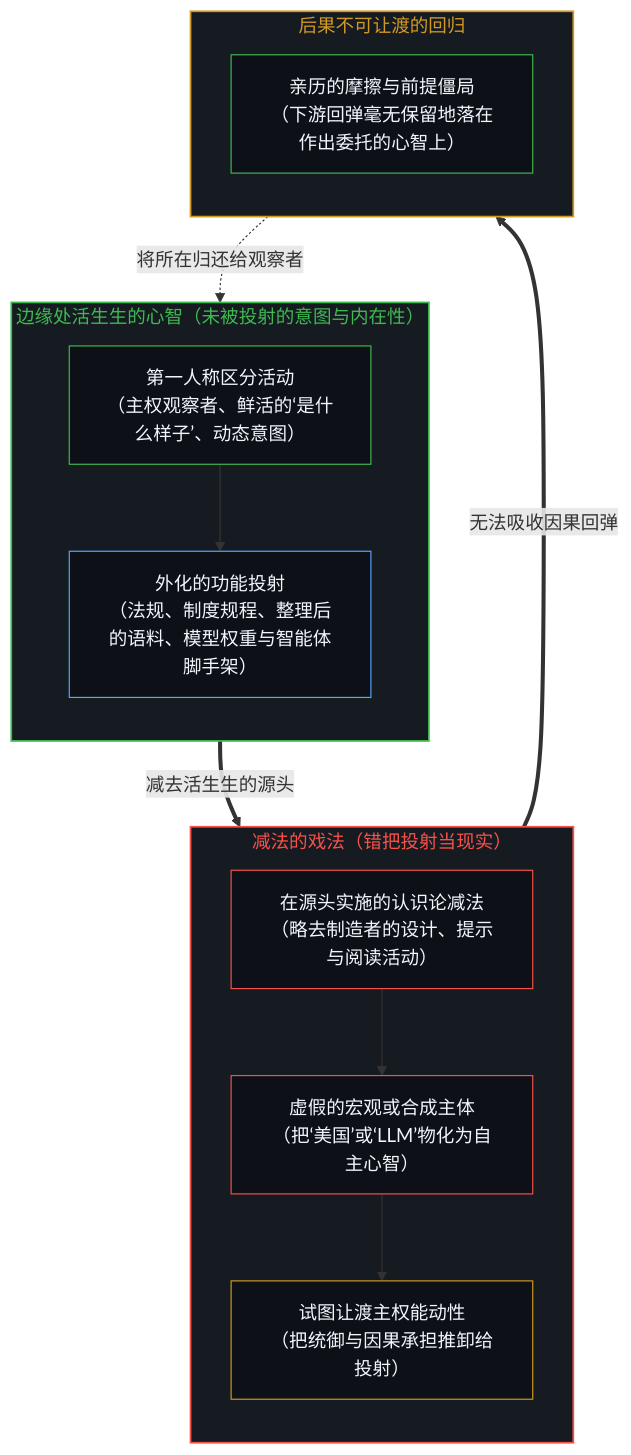
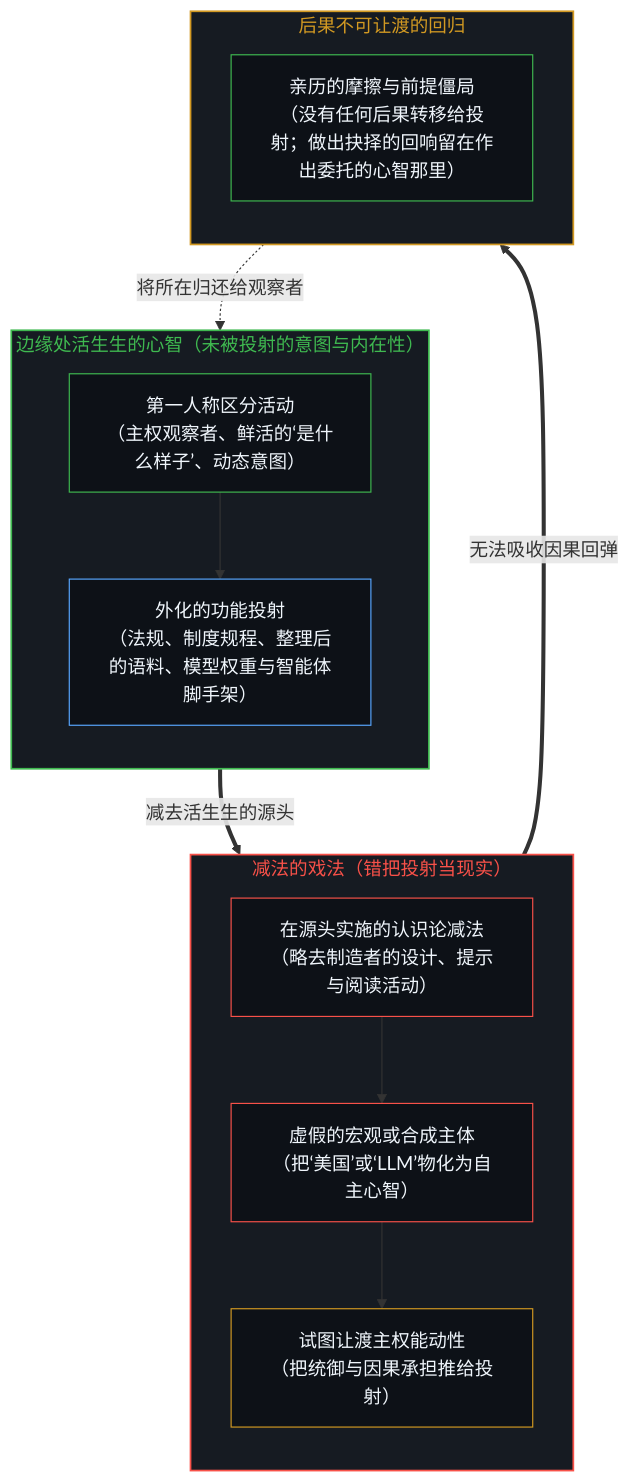
One commit to powerpig99/not-a-toe changed the first of 2 diagrams in content/posts/subtracting-consciousness-at-the-source.md. Above: the diagram before and after it, drawn with Mermaid. The commit also changed other lines of this file and 13 other files, not shown here.

````diff
--- a/content/posts/subtracting-consciousness-at-the-source.md
+++ b/content/posts/subtracting-consciousness-at-the-source.md
@@ -29,32 +29,32 @@
 ```mermaid
 flowchart TD
     subgraph S_Origin["边缘处活生生的心智（未被投射的意图与内在性）"]
         direction TB
         O1["第一人称区分活动<br/>（主权观察者、鲜活的‘是什么样子’、动态意图）"]
         O2["外化的功能投射<br/>（法规、制度规程、整理后的语料、模型权重与智能体脚手架）"]
         O1 --> O2
     end
     subgraph S_Subtraction["减法的戏法（错把投射当现实）"]
         direction TB
         S1["在源头实施的认识论减法<br/>（略去制造者的设计、提示与阅读活动）"]
         S2["虚假的宏观或合成主体<br/>（把‘美国’或‘LLM’物化为自主心智）"]
-        S3["试图让渡主权能动性<br/>（把统御与因果承担推卸给投射）"]
+        S3["试图让渡主权能动性<br/>（把统御与因果承担推给投射）"]
         S1 --> S2 --> S3
     end
     subgraph S_Return["后果不可让渡的回归"]
         direction TB
-        R1["亲历的摩擦与前提僵局<br/>（下游回弹毫无保留地落在作出委托的心智上）"]
+        R1["亲历的摩擦与前提僵局<br/>（没有任何后果转移给投射；做出抉择的回响留在作出委托的心智那里）"]
     end
     O2 ==>|"减去活生生的源头"| S1
     S3 ==>|"无法吸收因果回弹"| R1
     R1 -.->|"将所在归还给观察者"| O1
     style S_Origin fill:#161b22,stroke:#3fb950,stroke-width:1.5px,color:#3fb950
     style S_Subtraction fill:#161b22,stroke:#f85149,stroke-width:1.5px,color:#f85149
     style S_Return fill:#161b22,stroke:#d29922,stroke-width:1.5px,color:#d29922
     style O1 fill:#0d1117,stroke:#3fb950,stroke-width:1px,color:#f0f6fc
     style O2 fill:#0d1117,stroke:#58a6ff,stroke-width:1px,color:#f0f6fc
     style S1 fill:#0d1117,stroke:#f85149,stroke-width:1px,color:#f0f6fc
     style S2 fill:#0d1117,stroke:#f85149,stroke-width:1px,color:#f0f6fc
     style S3 fill:#0d1117,stroke:#d29922,stroke-width:1px,color:#f0f6fc
     style R1 fill:#0d1117,stroke:#3fb950,stroke-width:1px,color:#f0f6fc
 ```
````
